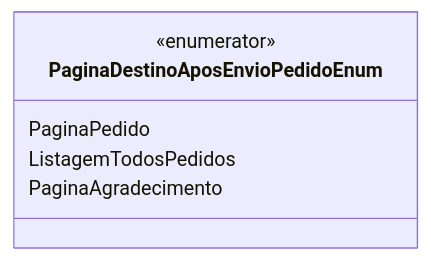
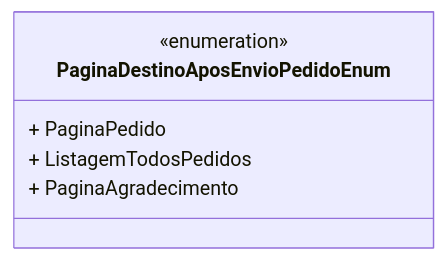
The diagram in docs/b2b-dominio/IsthmusWinthor.Nucleo/IsthmusWinthor.Dominio/Enumeradores/PaginaDestinoAposEnvioPedidoEnum.md (IsthmusSistemas/documentacao-tecnica), drawn with Mermaid before and after one commit. The commit also changed other lines of this file and 882 other files, not shown here.

````diff
--- a/docs/b2b-dominio/IsthmusWinthor.Nucleo/IsthmusWinthor.Dominio/Enumeradores/PaginaDestinoAposEnvioPedidoEnum.md
+++ b/docs/b2b-dominio/IsthmusWinthor.Nucleo/IsthmusWinthor.Dominio/Enumeradores/PaginaDestinoAposEnvioPedidoEnum.md
@@ -11,9 +11,9 @@
 ```mermaid
 classDiagram
     class PaginaDestinoAposEnvioPedidoEnum {
-        <<enumerator>>
-        PaginaPedido
-        ListagemTodosPedidos
-        PaginaAgradecimento
+        <<enumeration>>
+        + PaginaPedido
+        + ListagemTodosPedidos
+        + PaginaAgradecimento
     }
 ```
````
